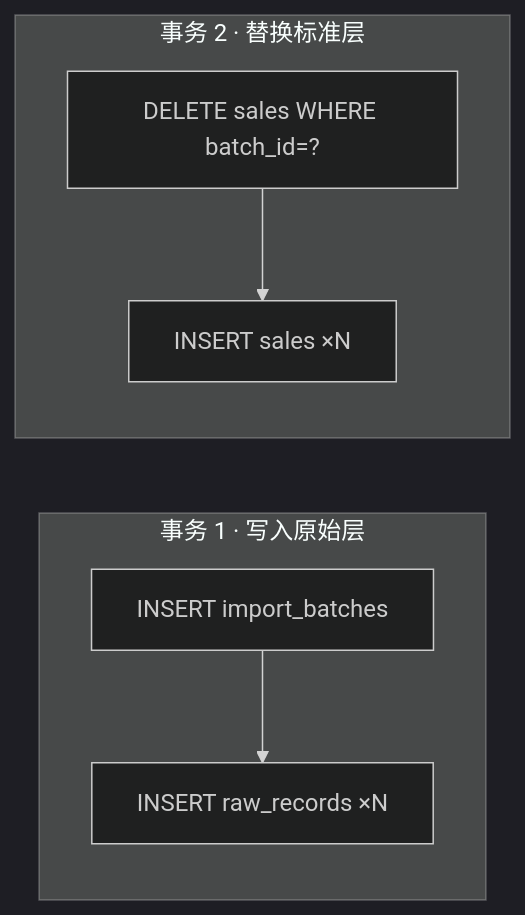
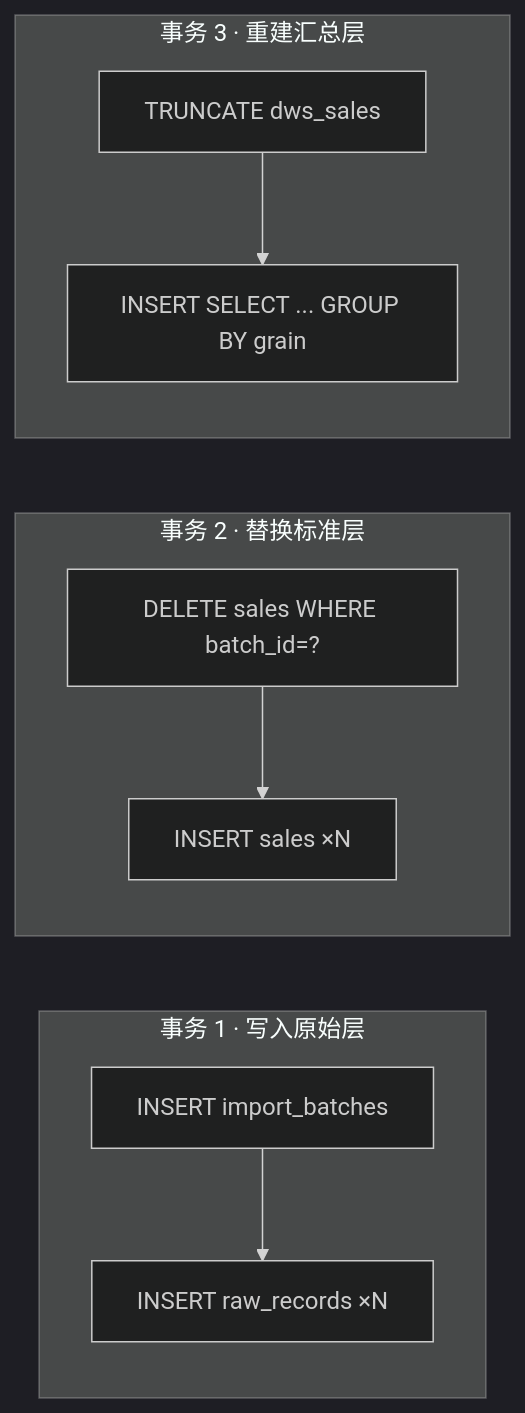
Before and after one commit to huql0605/pygo_product_manage_partform: the fifth of 7 diagrams in docs/architecture.md, drawn with Mermaid (dark theme). The commit also changed other lines of this file and 7 other files, not shown here.

Commit message:
dws层加入，比较差异，更新架构图

````diff
--- a/docs/architecture.md
+++ b/docs/architecture.md
@@ -183,9 +196,12 @@
 ```mermaid
 flowchart LR
     subgraph TX1["事务 1 · 写入原始层"]
         A1["INSERT import_batches"] --> A2["INSERT raw_records ×N"]
     end
     subgraph TX2["事务 2 · 替换标准层"]
         B1["DELETE sales WHERE batch_id=?"] --> B2["INSERT sales ×N"]
     end
+    subgraph TX3["事务 3 · 重建汇总层"]
+        C1["TRUNCATE dws_sales"] --> C2["INSERT SELECT ... GROUP BY grain"]
+    end
 ```
````
